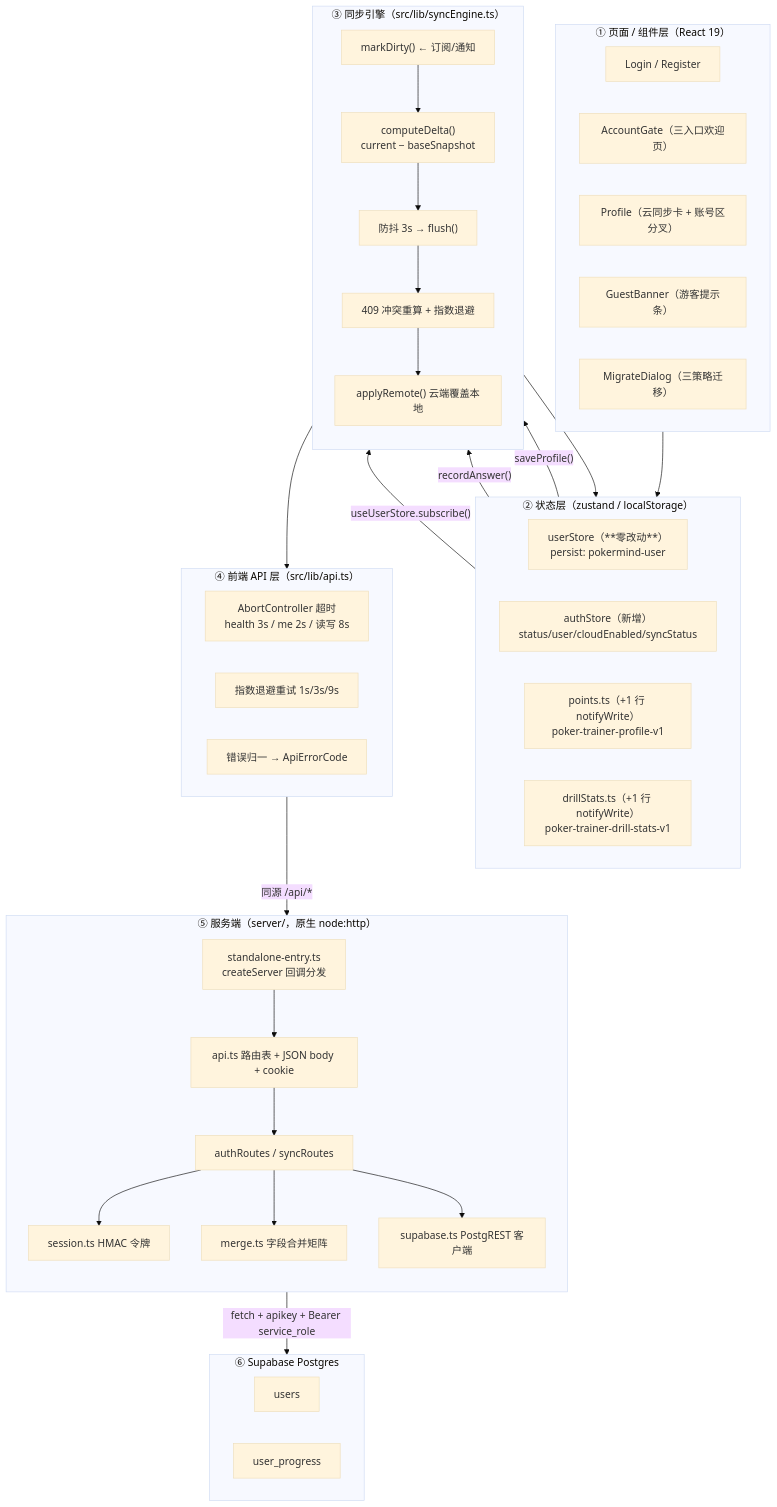
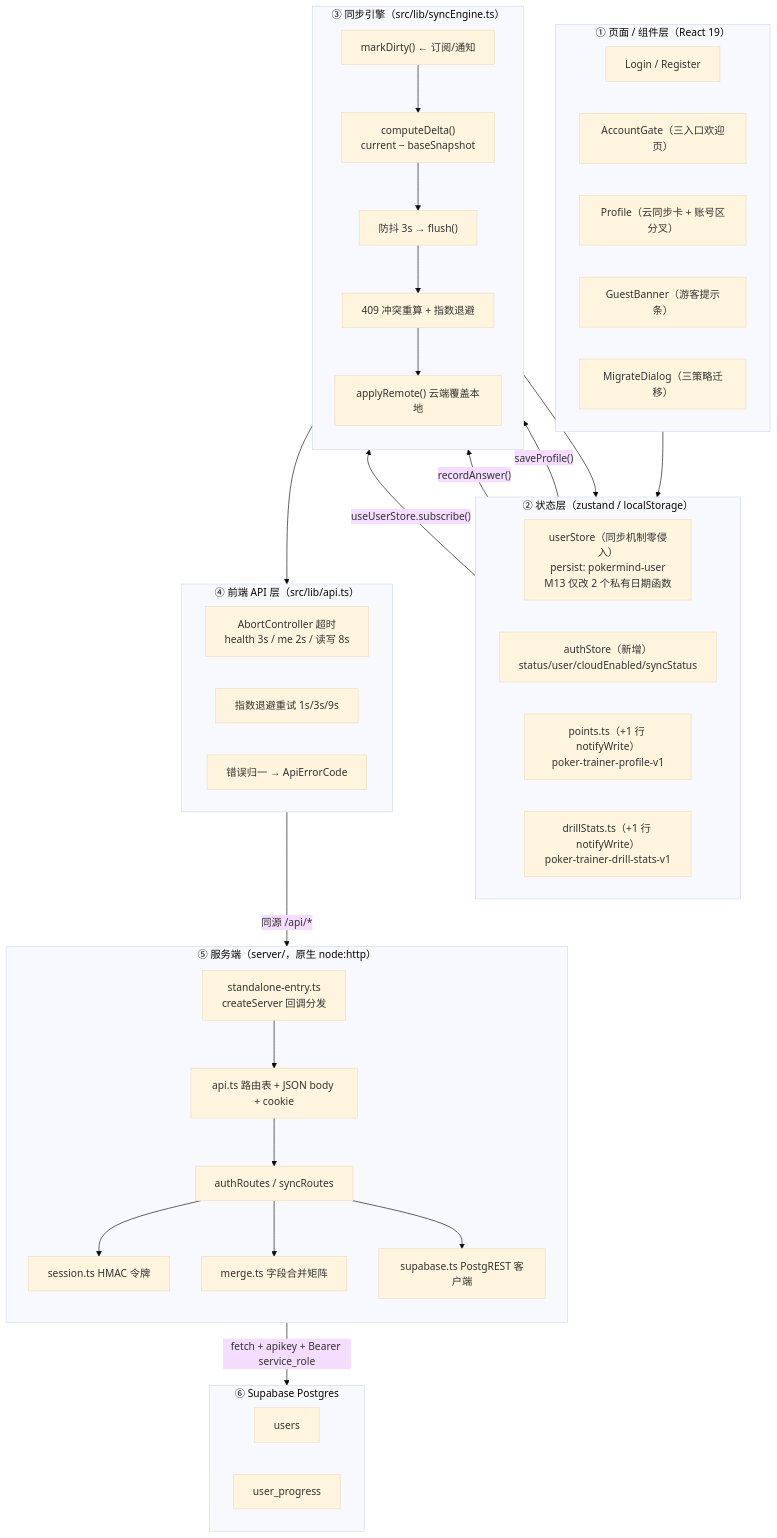
The first of 8 diagrams in docs/ARCH-账号系统.md (sevilia980529-spec/poker-trainer), drawn with Mermaid (base theme) before and after one commit. The commit also changed other lines of this file and 46 other files, not shown here.

````diff
--- a/docs/ARCH-账号系统.md
+++ b/docs/ARCH-账号系统.md
@@ -55,64 +58,64 @@
 ```mermaid
 flowchart TB
     subgraph UI["① 页面 / 组件层（React 19）"]
         direction LR
         P1["Login / Register"]
         P2["AccountGate（三入口欢迎页）"]
         P3["Profile（云同步卡 + 账号区分叉）"]
         P4["GuestBanner（游客提示条）"]
         P5["MigrateDialog（三策略迁移）"]
     end
 
     subgraph ST["② 状态层（zustand / localStorage）"]
         direction LR
-        S1["userStore（**零改动**）<br/>persist: pokermind-user"]
+        S1["userStore（同步机制零侵入）<br/>persist: pokermind-user<br/>M13 仅改 2 个私有日期函数"]
         S2["authStore（新增）<br/>status/user/cloudEnabled/syncStatus"]
         S3["points.ts（+1 行 notifyWrite）<br/>poker-trainer-profile-v1"]
         S4["drillStats.ts（+1 行 notifyWrite）<br/>poker-trainer-drill-stats-v1"]
     end
 
     subgraph EN["③ 同步引擎（src/lib/syncEngine.ts）"]
         direction TB
         E1["markDirty() ← 订阅/通知"]
         E2["computeDelta()<br/>current − baseSnapshot"]
         E3["防抖 3s → flush()"]
         E4["409 冲突重算 + 指数退避"]
         E5["applyRemote() 云端覆盖本地"]
     end
 
     subgraph API["④ 前端 API 层（src/lib/api.ts）"]
         direction LR
         A1["AbortController 超时<br/>health 3s / me 2s / 读写 8s"]
         A2["指数退避重试 1s/3s/9s"]
         A3["错误归一 → ApiErrorCode"]
     end
 
     subgraph SRV["⑤ 服务端（server/，原生 node:http）"]
         direction TB
         V1["standalone-entry.ts<br/>createServer 回调分发"]
         V2["api.ts 路由表 + JSON body + cookie"]
         V3["authRoutes / syncRoutes"]
         V4["session.ts HMAC 令牌"]
         V5["merge.ts 字段合并矩阵"]
         V6["supabase.ts PostgREST 客户端"]
     end
 
     subgraph DB["⑥ Supabase Postgres"]
         direction LR
         D1["users"]
         D2["user_progress"]
     end
 
     UI --> ST
     ST -- "useUserStore.subscribe()" --> E1
     S3 -- "saveProfile()" --> E1
     S4 -- "recordAnswer()" --> E1
     E1 --> E2 --> E3 --> API
     E3 --> E4
     E4 --> E5 --> ST
     API -- "同源 /api/*" --> V1 --> V2 --> V3
     V3 --> V4
     V3 --> V5
     V3 --> V6
     V6 -- "fetch + apikey + Bearer service_role" --> DB
 ```
````
